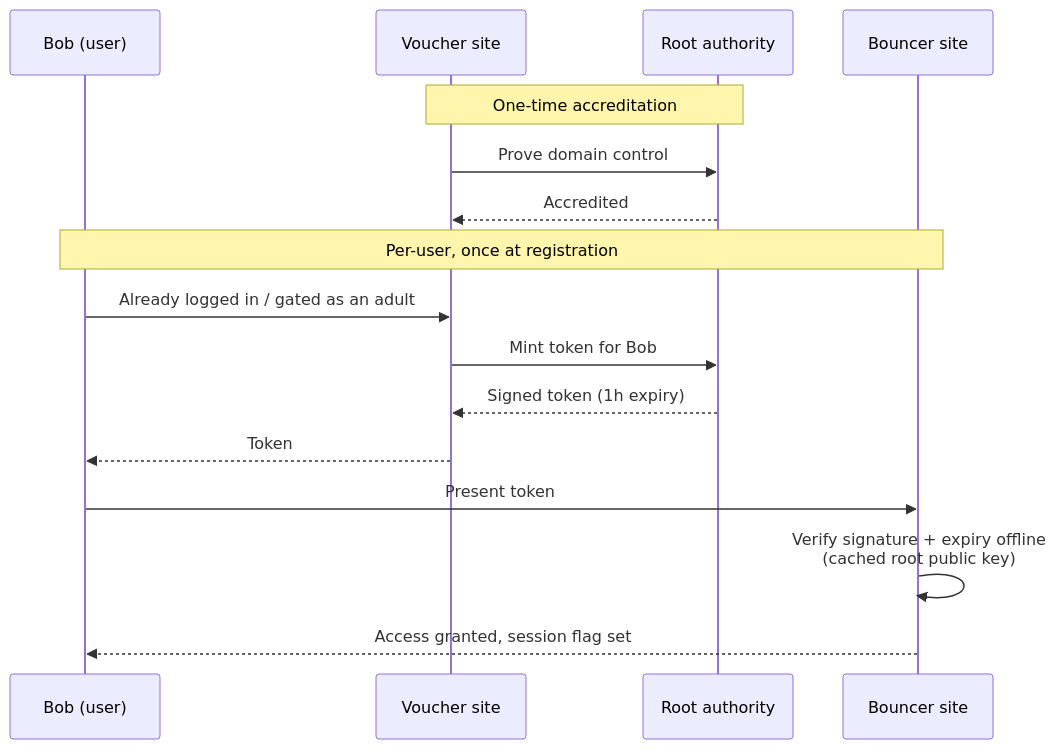
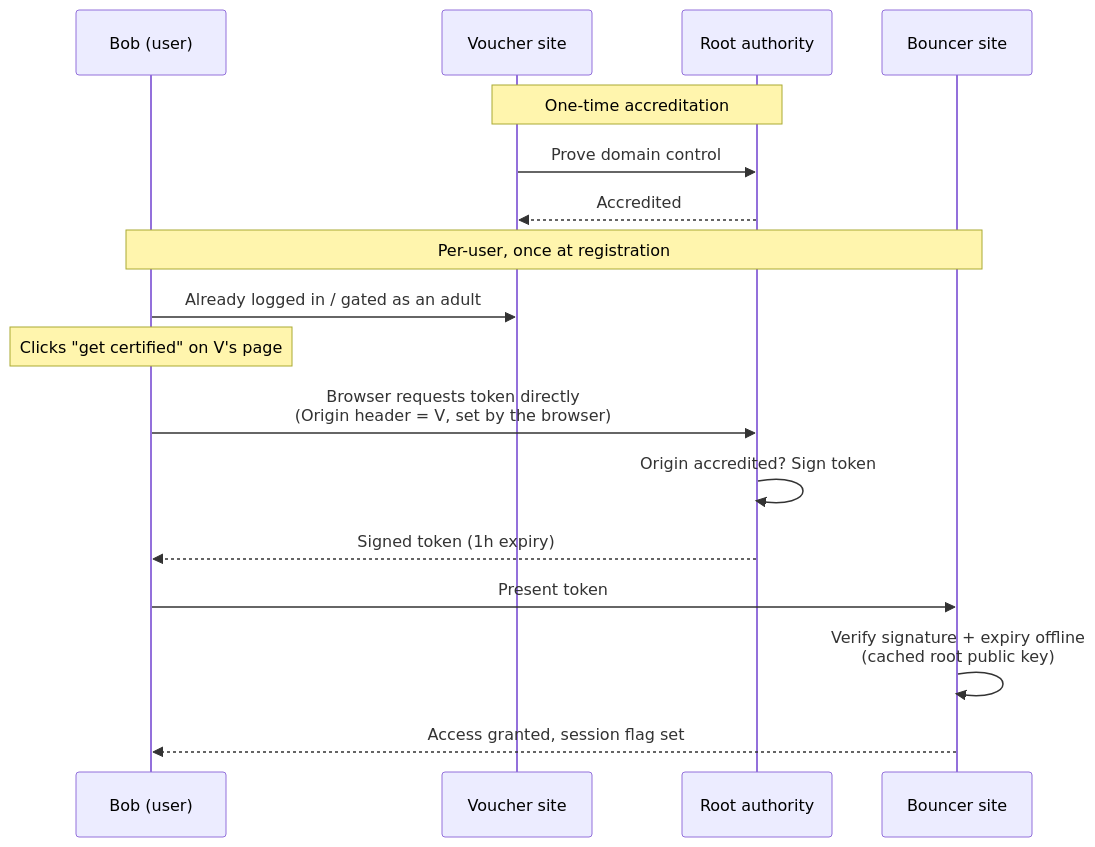
Before and after one commit to idltd/AgeVerify: the diagram in README.md, drawn with Mermaid.

Commit message:
Fix diagram: Root signs directly for Bob's browser, Voucher server not involved

````diff
--- a/README.md
+++ b/README.md
@@ -25,20 +25,21 @@
 ```mermaid
 sequenceDiagram
     participant B as Bob (user)
     participant V as Voucher site
     participant R as Root authority
     participant Bn as Bouncer site
 
     Note over V,R: One-time accreditation
     V->>R: Prove domain control
     R-->>V: Accredited
 
     Note over B,Bn: Per-user, once at registration
     B->>V: Already logged in / gated as an adult
-    V->>R: Mint token for Bob
-    R-->>V: Signed token (1h expiry)
-    V-->>B: Token
+    Note over B: Clicks "get certified" on V's page
+    B->>R: Browser requests token directly<br/>(Origin header = V, set by the browser)
+    R->>R: Origin accredited? Sign token
+    R-->>B: Signed token (1h expiry)
     B->>Bn: Present token
     Bn->>Bn: Verify signature + expiry offline<br/>(cached root public key)
     Bn-->>B: Access granted, session flag set
 ```
````
